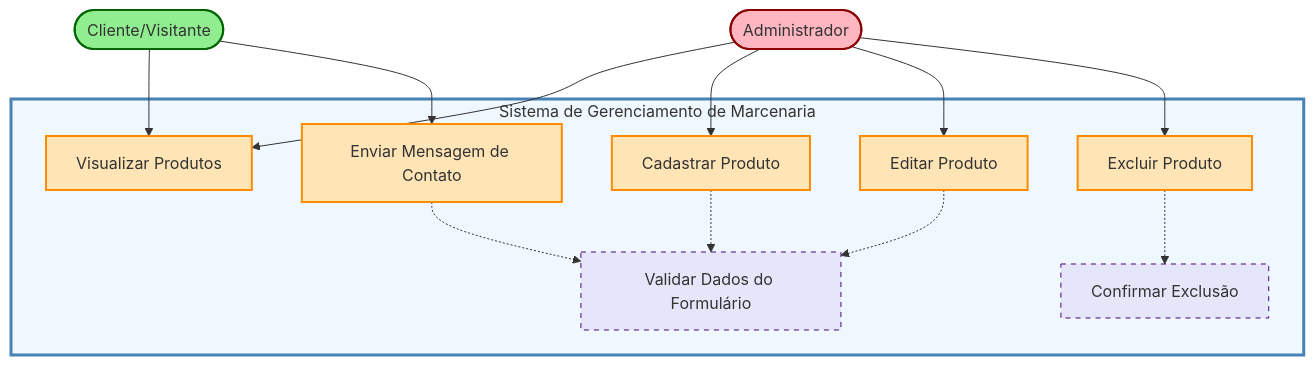
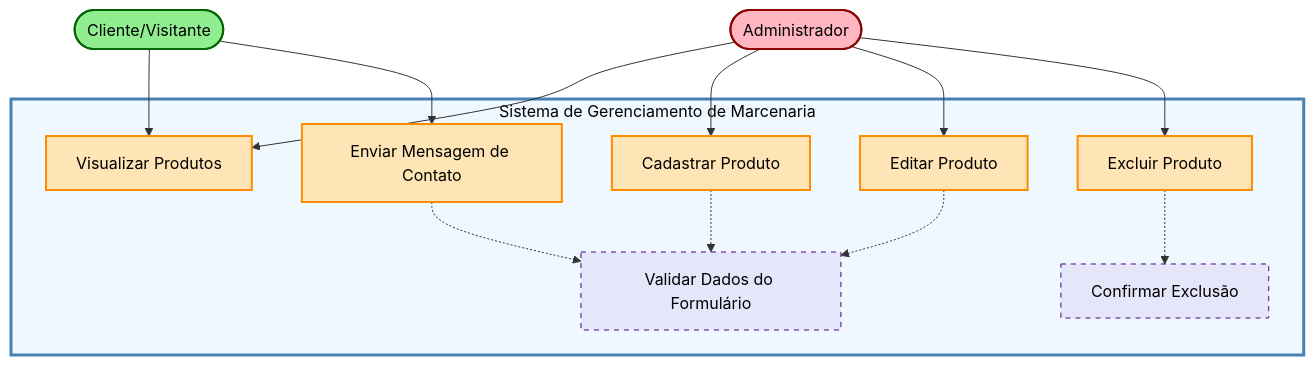
Before and after one commit to YH1d3k12/gerenciamento-do-caos: the diagram in docs/diagramas/diagrama-casos-uso.md, drawn with Mermaid.

Commit message:
fix: mudanda a cor das letras pra preta

````diff
--- a/docs/diagramas/diagrama-casos-uso.md
+++ b/docs/diagramas/diagrama-casos-uso.md
@@ -3,39 +3,39 @@
 ```mermaid
 graph TB
     subgraph Sistema["Sistema de Gerenciamento de Marcenaria"]
         UC1[Visualizar Produtos]
         UC2[Cadastrar Produto]
         UC3[Editar Produto]
         UC4[Excluir Produto]
         UC5[Enviar Mensagem de Contato]
         UC6[Validar Dados do Formulário]
         UC7[Confirmar Exclusão]
     end
     
     Cliente([Cliente/Visitante])
     Admin([Administrador])
     
     Cliente --> UC1
     Cliente --> UC5
     
     Admin --> UC1
     Admin --> UC2
     Admin --> UC3
     Admin --> UC4
     
     UC2 -.-> UC6
     UC3 -.-> UC6
     UC5 -.-> UC6
     UC4 -.-> UC7
     
-    style Sistema fill:#f0f8ff,stroke:#4682b4,stroke-width:3px
-    style Cliente fill:#90EE90,stroke:#006400,stroke-width:2px
-    style Admin fill:#FFB6C1,stroke:#8B0000,stroke-width:2px
-    style UC1 fill:#FFE4B5,stroke:#FF8C00,stroke-width:2px
-    style UC2 fill:#FFE4B5,stroke:#FF8C00,stroke-width:2px
-    style UC3 fill:#FFE4B5,stroke:#FF8C00,stroke-width:2px
-    style UC4 fill:#FFE4B5,stroke:#FF8C00,stroke-width:2px
-    style UC5 fill:#FFE4B5,stroke:#FF8C00,stroke-width:2px
-    style UC6 fill:#E6E6FA,stroke:#4B0082,stroke-width:1px,stroke-dasharray: 5 5
-    style UC7 fill:#E6E6FA,stroke:#4B0082,stroke-width:1px,stroke-dasharray: 5 5
+    style Sistema fill:#f0f8ff,stroke:#4682b4,stroke-width:3px,color:#000
+    style Cliente fill:#90EE90,stroke:#006400,stroke-width:2px,color:#000
+    style Admin fill:#FFB6C1,stroke:#8B0000,stroke-width:2px,color:#000
+    style UC1 fill:#FFE4B5,stroke:#FF8C00,stroke-width:2px,color:#000
+    style UC2 fill:#FFE4B5,stroke:#FF8C00,stroke-width:2px,color:#000
+    style UC3 fill:#FFE4B5,stroke:#FF8C00,stroke-width:2px,color:#000
+    style UC4 fill:#FFE4B5,stroke:#FF8C00,stroke-width:2px,color:#000
+    style UC5 fill:#FFE4B5,stroke:#FF8C00,stroke-width:2px,color:#000
+    style UC6 fill:#E6E6FA,stroke:#4B0082,stroke-width:1px,stroke-dasharray: 5 5,color:#000
+    style UC7 fill:#E6E6FA,stroke:#4B0082,stroke-width:1px,stroke-dasharray: 5 5,color:#000
 ```
````
